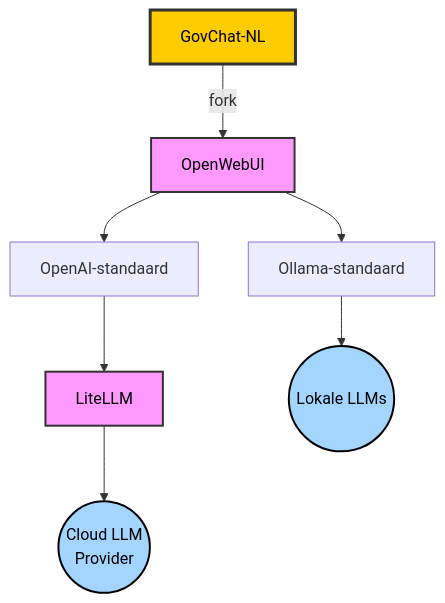
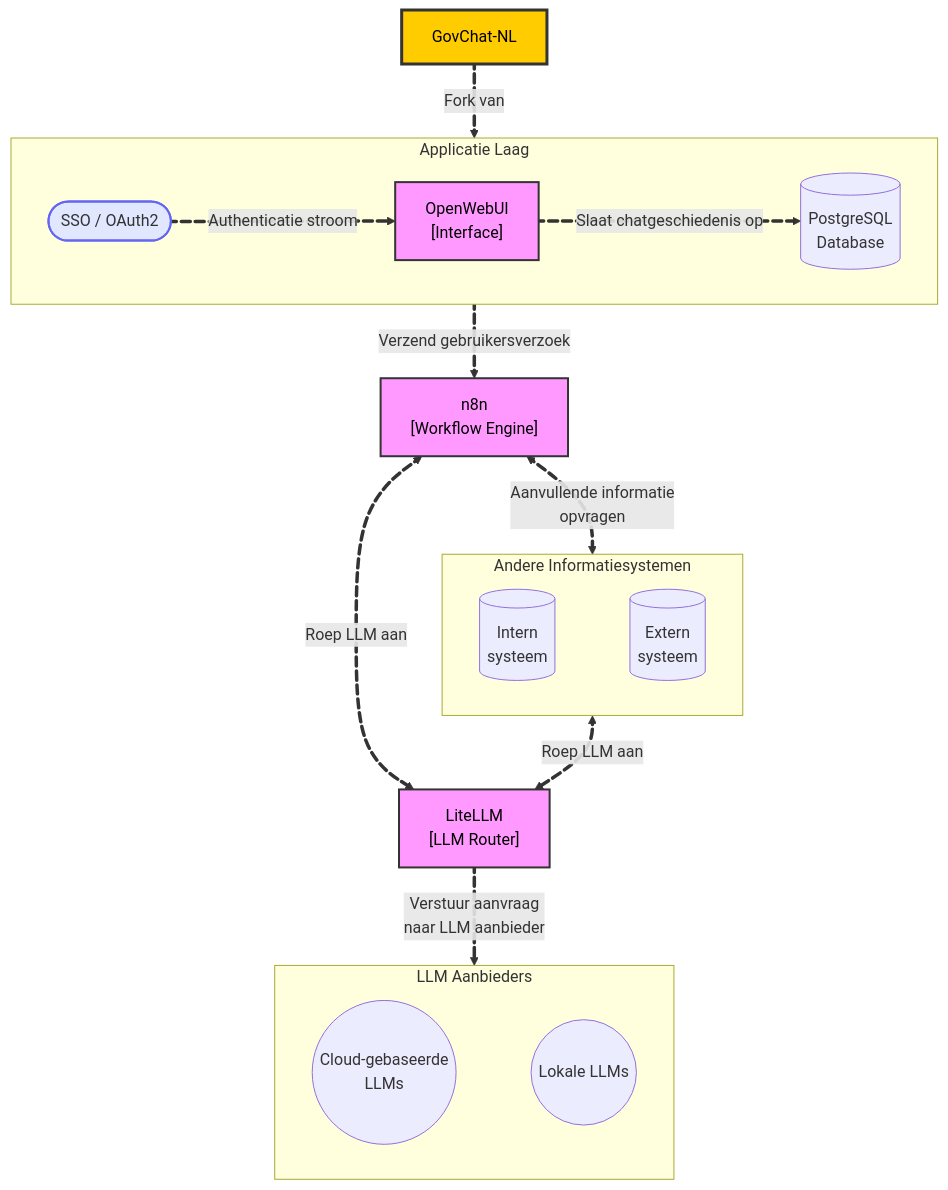
Before and after one commit to jeannotdamoiseaux/GovChat-NL: the diagram in README.md, drawn with Mermaid. The commit also changed other lines of this file, not shown here.

````diff
--- a/README.md
+++ b/README.md
@@ -101,36 +109,59 @@
-```mermaid 
+```mermaid
+flowchart TB
+    GovChatNL["GovChat-NL"]:::main
+    n8n["n8n <br>[Workflow Engine]"]:::repo
+    LiteLLM["LiteLLM <br> [LLM Router]"]:::repo
 
-flowchart TD 
+    %% Repositories/koppelingen
+    GovChatNL e1@== Fork van ==> OpenWebUI
 
-    %% Hoofdcomponent 
+    %% Applicatie Laag
+    subgraph Application["Applicatie Laag"]
+        direction LR
+        AuthProvider(["SSO / OAuth2"]):::auth
+        OpenWebUI["OpenWebUI <br> [Interface]"]:::repo
+        Database[(PostgreSQL<br>Database)]:::db
 
-    GovChatNL[GovChat-NL]:::main --> |fork| OpenWebUI:::repo; 
+        AuthProvider e7@== Authenticatie stroom ==> OpenWebUI
+        OpenWebUI e_db@== Slaat chatgeschiedenis op ==> Database
+    end
 
- 
+    %% Backend koppelingen
+    OpenWebUI e2@== Verzend gebruikersverzoek ==> n8n
 
-    %% Repositories met standaardstijl 
+    %% Externe bron: informatiesystemen
+    n8n e3@<== Aanvullende informatie <br> opvragen ==> ExternalSources
+    subgraph ExternalSources["Andere Informatiesystemen"]
+        direction LR
+        InternalSystem[(Intern <br>systeem)] --- ExternalSystem[(Extern <br>systeem)]
+    end
 
-    OpenWebUI --> OpenAI-standaard; 
+    ExternalSources e4@<== Roep LLM aan ==> LiteLLM
+    n8n e5@<== Roep LLM aan ==> LiteLLM
 
-    OpenWebUI --> Ollama-standaard; 
+    %% LLM Providers
+    subgraph LLMProviders["LLM Aanbieders"]
+        direction LR
+        CloudLLM(("Cloud-gebaseerde <br> LLMs")) --- LocalLLM(("Lokale LLMs"))
+    end
+    LiteLLM e6@== Verstuur aanvraag <br> naar LLM aanbieder ==> LLMProviders
 
-    OpenAI-standaard --> LiteLLM:::repo;
+    %% Lay-out lijnen (voor esthetische positionering, niet zichtbaar)
+    linkStyle 5 stroke-width:0px
+    linkStyle 8 stroke-width:0px
 
-    Ollama-standaard --> Lokale_LLMs((Lokale LLMs)):::provider;
+    %% Opmaak definities
+    classDef main fill:#ffcc00,stroke:#333,stroke-width:3px,rounded-corners, font-size:16px, color:#000000
+    classDef repo fill:#f9f,stroke:#333,stroke-width:2px,rounded-corners,color:#000000
+    classDef auth fill:#e0e7ff,stroke:#6366f1,stroke-width:2px
 
-    LiteLLM --> LLM_Provider((Cloud LLM <br> Provider)):::provider;
-
-
- 
-
-    %% Klassen voor stijl 
-
-    classDef main fill:#ffcc00,stroke:#333,stroke-width:3px,rounded-corners, font-size:16px, color:#000000; 
-
-    classDef repo fill:#f9f,stroke:#333,stroke-width:2px,rounded-corners,color:#000000; 
-
-    classDef provider fill:#a3d5ff,stroke:#000,stroke-width:2px,color:#000,stroke-linejoin:round;
-
- 
-
-``` 
+    %% Geanimeerde verbindingslijnen
+    e1@{ animation: slow }
+    e2@{ animation: slow }
+    e3@{ animation: slow }
+    e4@{ animation: slow }
+    e5@{ animation: slow }
+    e6@{ animation: slow }
+    e7@{ animation: slow }
+    e_db@{ animation: slow }
+```
````
